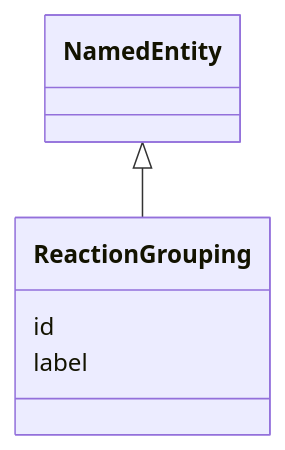
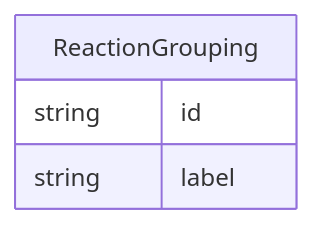
Before and after one commit to monarch-initiative/ontogpt: the diagram in docs/reaction/ReactionGrouping.md, drawn with Mermaid. The commit also changed 187 other files, not shown here.

````diff
--- a/docs/reaction/ReactionGrouping.md
+++ b/docs/reaction/ReactionGrouping.md
@@ -8,9 +8,10 @@
 ```mermaid
- classDiagram
-    class ReactionGrouping
-      NamedEntity <|-- ReactionGrouping
-      
-      ReactionGrouping : id
-      ReactionGrouping : label
-      
+erDiagram
+ReactionGrouping {
+    string id  
+    string label  
+}
+
+
+
 ```
````
